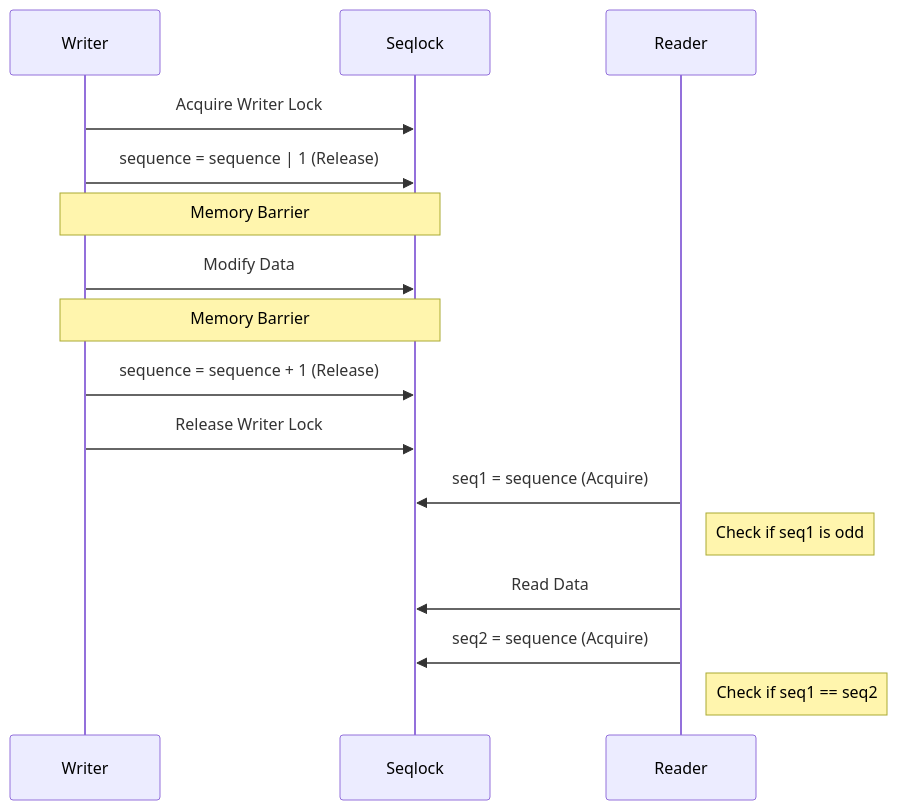
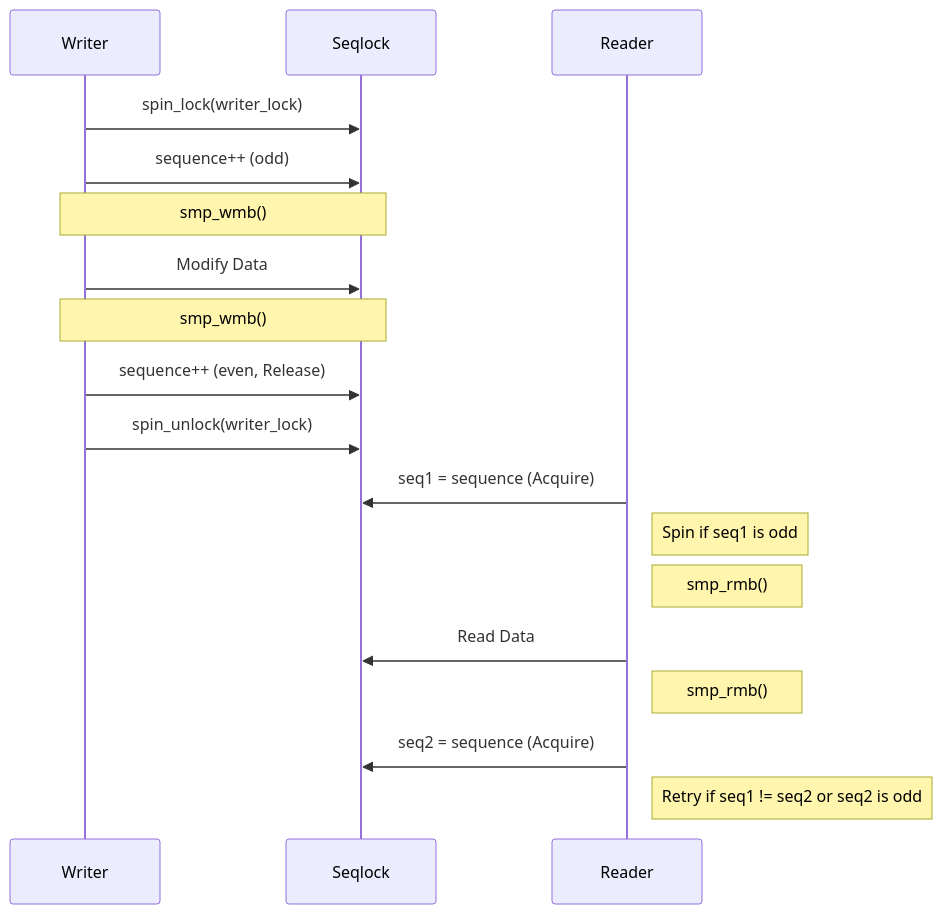
One commit to CloudCarpentry/Bharat-OS changed the diagram in docs/architecture/kernel/hardware-adaptive/KDS-SEQLK-002-production-seqlock.md. Above: the diagram before and after it, drawn with Mermaid. The commit also changed other lines of this file and 6 other files, not shown here.

````diff
--- a/docs/architecture/kernel/hardware-adaptive/KDS-SEQLK-002-production-seqlock.md
+++ b/docs/architecture/kernel/hardware-adaptive/KDS-SEQLK-002-production-seqlock.md
@@ -63,20 +91,22 @@
 ```mermaid
 sequenceDiagram
     participant Writer
     participant Seqlock
     participant Reader
 
-    Writer->>Seqlock: Acquire Writer Lock
-    Writer->>Seqlock: sequence = sequence | 1 (Release)
-    Note over Writer,Seqlock: Memory Barrier
+    Writer->>Seqlock: spin_lock(writer_lock)
+    Writer->>Seqlock: sequence++ (odd)
+    Note over Writer,Seqlock: smp_wmb()
     Writer->>Seqlock: Modify Data
-    Note over Writer,Seqlock: Memory Barrier
-    Writer->>Seqlock: sequence = sequence + 1 (Release)
-    Writer->>Seqlock: Release Writer Lock
+    Note over Writer,Seqlock: smp_wmb()
+    Writer->>Seqlock: sequence++ (even, Release)
+    Writer->>Seqlock: spin_unlock(writer_lock)
 
     Reader->>Seqlock: seq1 = sequence (Acquire)
-    Note right of Reader: Check if seq1 is odd
+    Note right of Reader: Spin if seq1 is odd
+    Note right of Reader: smp_rmb()
     Reader->>Seqlock: Read Data
+    Note right of Reader: smp_rmb()
     Reader->>Seqlock: seq2 = sequence (Acquire)
-    Note right of Reader: Check if seq1 == seq2
+    Note right of Reader: Retry if seq1 != seq2 or seq2 is odd
 ```
````
